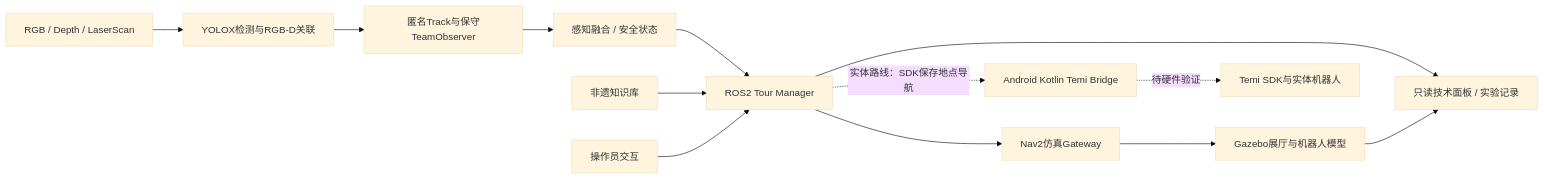
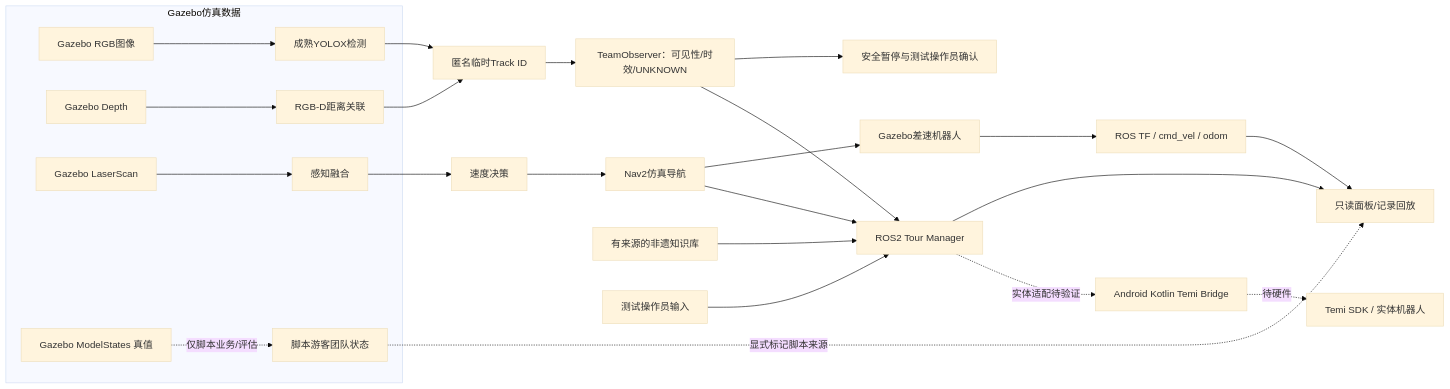
Before and after one commit to linao681/heritage_temi_robot: the diagram in docs/competition_final/technical_architecture.md, drawn with Mermaid (base theme). The commit also changed other lines of this file and 856 other files, not shown here.

````diff
--- a/docs/competition_final/technical_architecture.md
+++ b/docs/competition_final/technical_architecture.md
@@ -3,15 +3,26 @@
 ```mermaid
 flowchart LR
-  C[RGB / Depth / LaserScan] --> P[YOLOX检测与RGB-D关联]
-  P --> T[匿名Track与保守TeamObserver]
-  T --> F[感知融合 / 安全状态]
-  F --> M[ROS2 Tour Manager]
-  M --> N[Nav2仿真Gateway]
-  N --> G[Gazebo展厅与机器人模型]
-  K[非遗知识库] --> M
-  M --> V[只读技术面板 / 实验记录]
-  G --> V
-  U[操作员交互] --> M
-  M -.实体路线：SDK保存地点导航.-> A[Android Kotlin Temi Bridge]
-  A -.待硬件验证.-> R[Temi SDK与实体机器人]
+  subgraph sim[Gazebo仿真数据]
+    RGB[Gazebo RGB图像] --> Y[成熟YOLOX检测]
+    DEPTH[Gazebo Depth] --> D[RGB-D距离关联]
+    LASER[Gazebo LaserScan] --> F[感知融合]
+    MODEL[Gazebo ModelStates 真值] -.仅脚本业务/评估.-> TEAM[脚本游客团队状态]
+  end
+  Y --> TRACK[匿名临时Track ID]
+  D --> TRACK
+  TRACK --> OBS[TeamObserver：可见性/时效/UNKNOWN]
+  OBS --> SAFE[安全暂停与测试操作员确认]
+  F --> SPEED[速度决策]
+  SPEED --> NAV[Nav2仿真导航]
+  NAV --> GZ[Gazebo差速机器人]
+  GZ --> ODOM[ROS TF / cmd_vel / odom]
+  KNOW[有来源的非遗知识库] --> TOUR[ROS2 Tour Manager]
+  OBS --> TOUR
+  NAV --> TOUR
+  TOUR --> VIEW[只读面板/记录回放]
+  ODOM --> VIEW
+  TEAM -.显式标记脚本来源.-> VIEW
+  OP[测试操作员输入] --> TOUR
+  TOUR -.实体适配待验证.-> KOTLIN[Android Kotlin Temi Bridge]
+  KOTLIN -.待硬件.-> TEMI[Temi SDK / 实体机器人]
 ```
````
